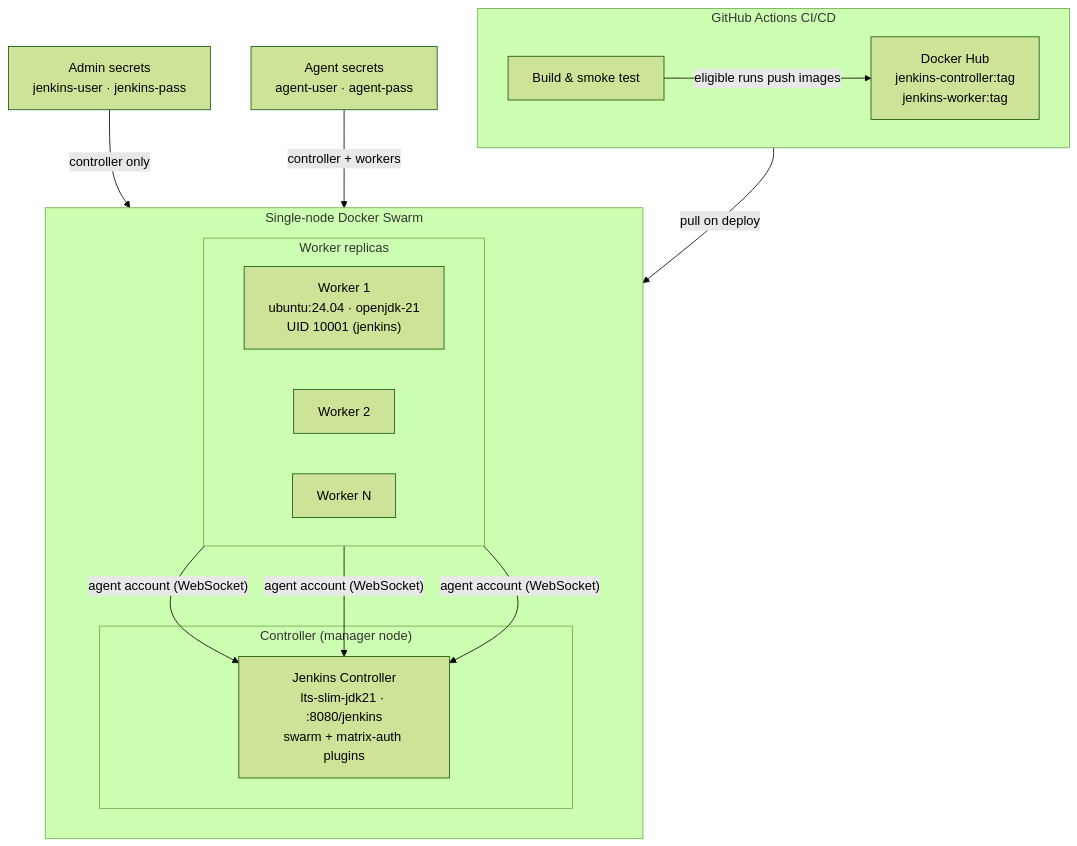
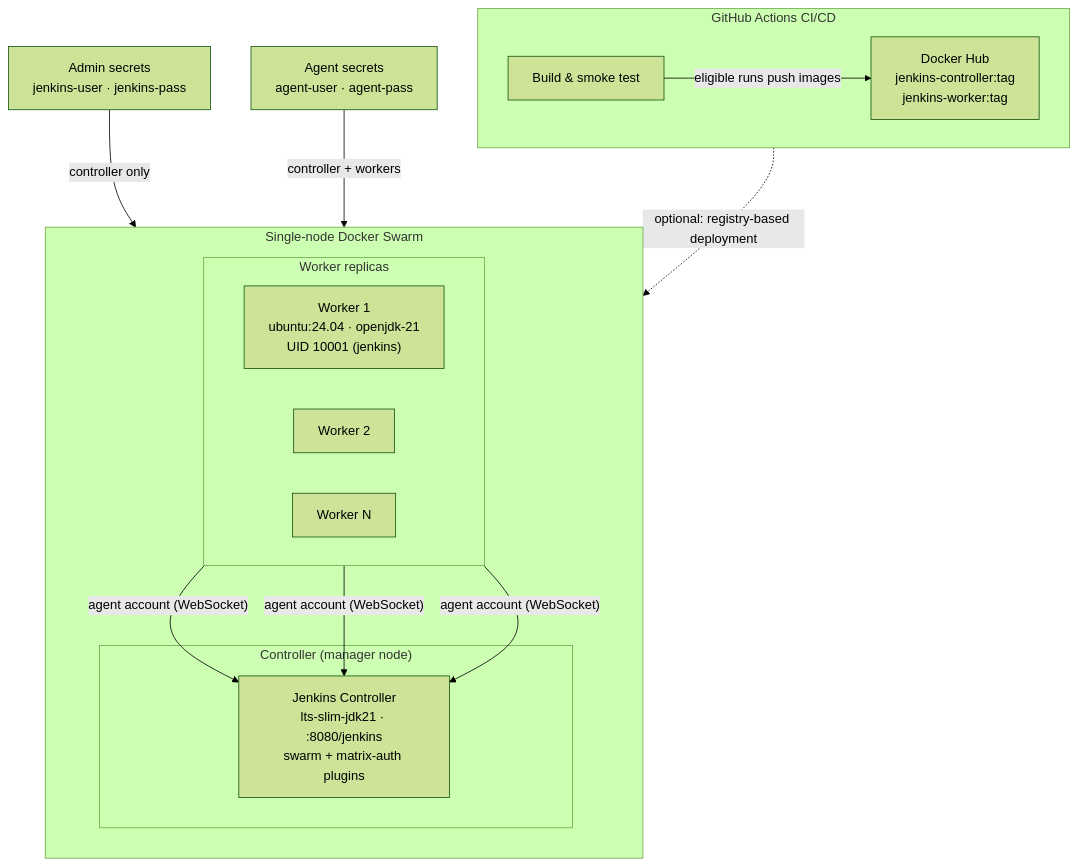
Before and after one commit to sangharshcs/deploy-jenkins: the first of 3 diagrams in README.md, drawn with Mermaid (forest theme). The commit also changed other lines of this file, not shown here.

Commit message:
docs: fix deploy-path arrow and pull-request wording in README (#18)

````diff
--- a/README.md
+++ b/README.md
@@ -38,35 +38,35 @@
 ```mermaid
 flowchart TB
     subgraph CI ["GitHub Actions CI/CD"]
         direction LR
         GHA["Build & smoke test"]
         HUB["Docker Hub\njenkins-controller:tag\njenkins-worker:tag"]
         GHA -->|"eligible runs push images"| HUB
     end
 
     subgraph SWARM ["Single-node Docker Swarm"]
         direction TB
 
         subgraph CTRL ["Controller (manager node)"]
             JC["Jenkins Controller\nlts-slim-jdk21 · :8080/jenkins\nswarm + matrix-auth plugins"]
         end
 
         subgraph WORKERS ["Worker replicas"]
             direction LR
             W1["Worker 1\nubuntu:24.04 · openjdk-21\nUID 10001 (jenkins)"]
             W2["Worker 2"]
             WN["Worker N"]
         end
 
         W1 -->|"agent account (WebSocket)"| JC
         W2 -->|"agent account (WebSocket)"| JC
         WN -->|"agent account (WebSocket)"| JC
     end
 
-    HUB -->|pull on deploy| SWARM
+    HUB -.->|"optional: registry-based deployment"| SWARM
 
     ADMIN_SECRETS["Admin secrets\njenkins-user · jenkins-pass"]
     AGENT_SECRETS["Agent secrets\nagent-user · agent-pass"]
     ADMIN_SECRETS -->|"controller only"| CTRL
     AGENT_SECRETS -->|"controller + workers"| SWARM
 ```
````
